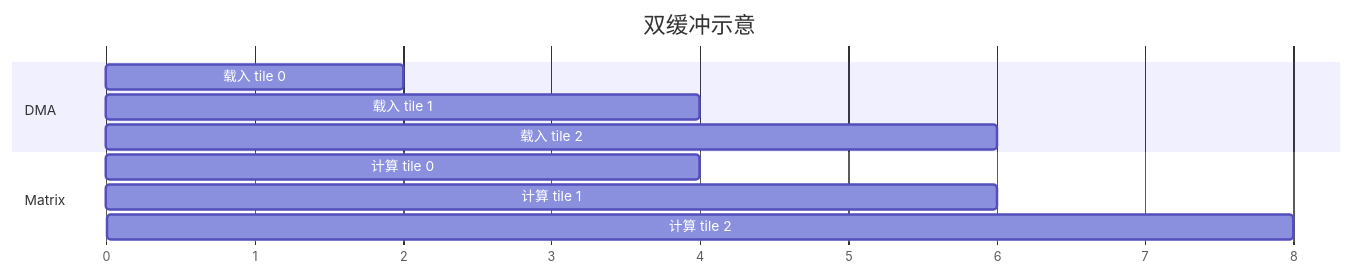
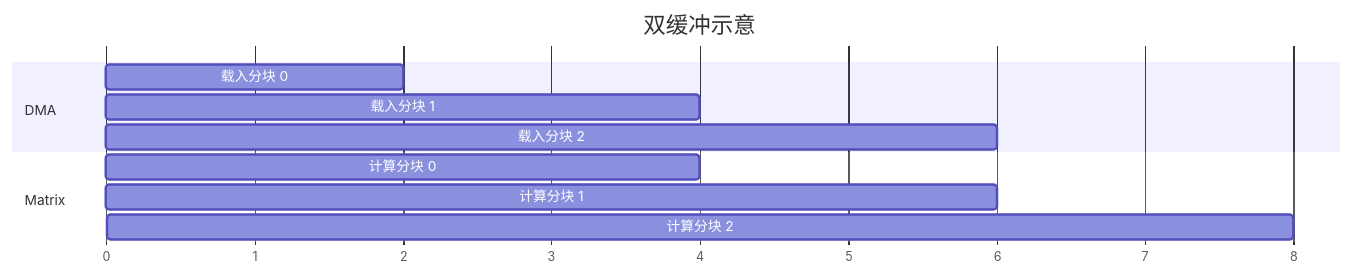
The diagram in NPU/TVM 使用与自研 NPU 接入手册/19-命令流 内存规划 与数据布局.md (Little-W/Obsidian), drawn with Mermaid before and after one commit. The commit also changed other lines of this file and 51 other files, not shown here.

````diff
--- a/NPU/TVM 使用与自研 NPU 接入手册/19-命令流 内存规划 与数据布局.md
+++ b/NPU/TVM 使用与自研 NPU 接入手册/19-命令流 内存规划 与数据布局.md
@@ -92,14 +92,14 @@
 ```mermaid
 gantt
     title 双缓冲示意
     dateFormat X
     axisFormat %s
     section DMA
-    载入 tile 0 :a0, 0, 2
-    载入 tile 1 :a1, 2, 4
-    载入 tile 2 :a2, 4, 6
+    载入分块 0 :a0, 0, 2
+    载入分块 1 :a1, 2, 4
+    载入分块 2 :a2, 4, 6
     section Matrix
-    计算 tile 0 :b0, 2, 4
-    计算 tile 1 :b1, 4, 6
-    计算 tile 2 :b2, 6, 8
+    计算分块 0 :b0, 2, 4
+    计算分块 1 :b1, 4, 6
+    计算分块 2 :b2, 6, 8
 ```
````
